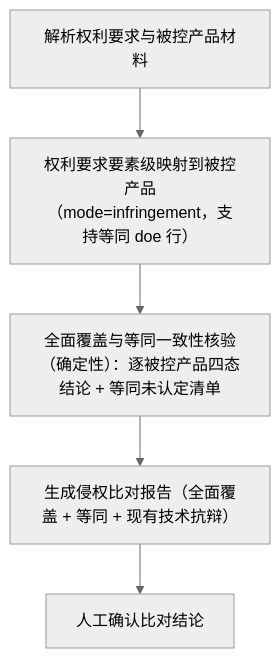
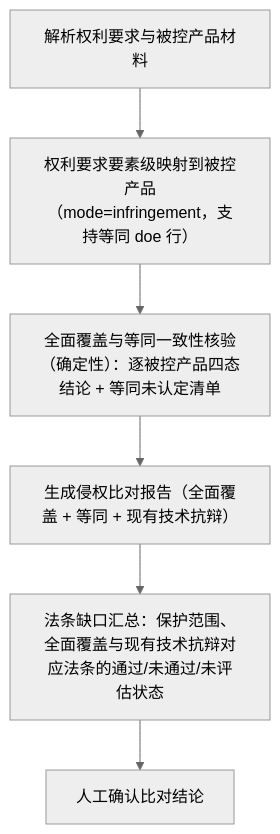
The diagram in snapshots/session/patent-infringement/workspace.expected/data/cases/CN2024-0004/workflow-runs/CN2024-0004__patent_infringement_v1.mmd (xujian519/deepseek-harness), drawn with Mermaid (neutral theme) before and after one commit. The commit also changed 115 other files, not shown here.

```diff
--- a/snapshots/session/patent-infringement/workspace.expected/data/cases/CN2024-0004/workflow-runs/CN2024-0004__patent_infringement_v1.mmd
+++ b/snapshots/session/patent-infringement/workspace.expected/data/cases/CN2024-0004/workflow-runs/CN2024-0004__patent_infringement_v1.mmd
@@ -1,10 +1,12 @@
 flowchart TD
   parse["解析权利要求与被控产品材料"]
   claim-chart["权利要求要素级映射到被控产品（mode=infringement，支持等同 doe 行）"]
   coverage["全面覆盖与等同一致性核验（确定性）：逐被控产品四态结论 + 等同未认定清单"]
   report["生成侵权比对报告（全面覆盖 + 等同 + 现有技术抗辩）"]
+  legal_gaps["法条缺口汇总：保护范围、全面覆盖与现有技术抗辩对应法条的通过/未通过/未评估状态"]
   approval["人工确认比对结论"]
   parse --> claim-chart
   claim-chart --> coverage
   coverage --> report
-  report --> approval
+  report --> legal_gaps
+  legal_gaps --> approval
```
